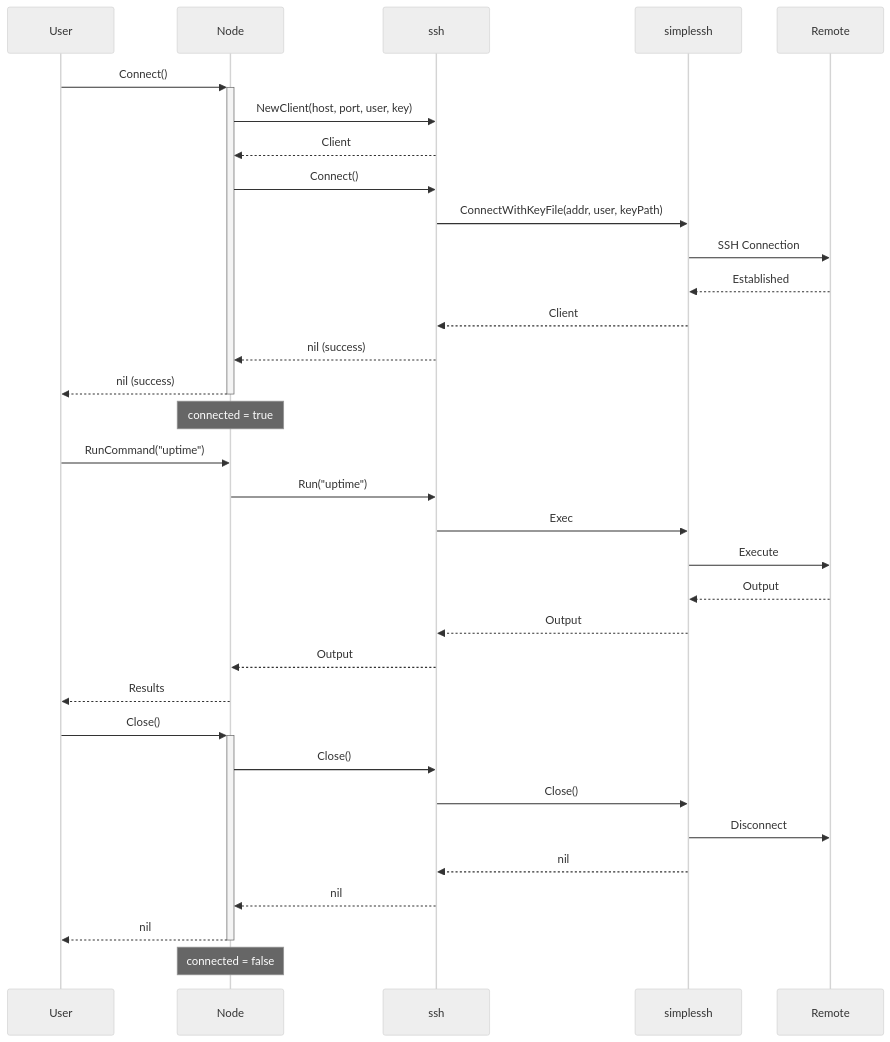
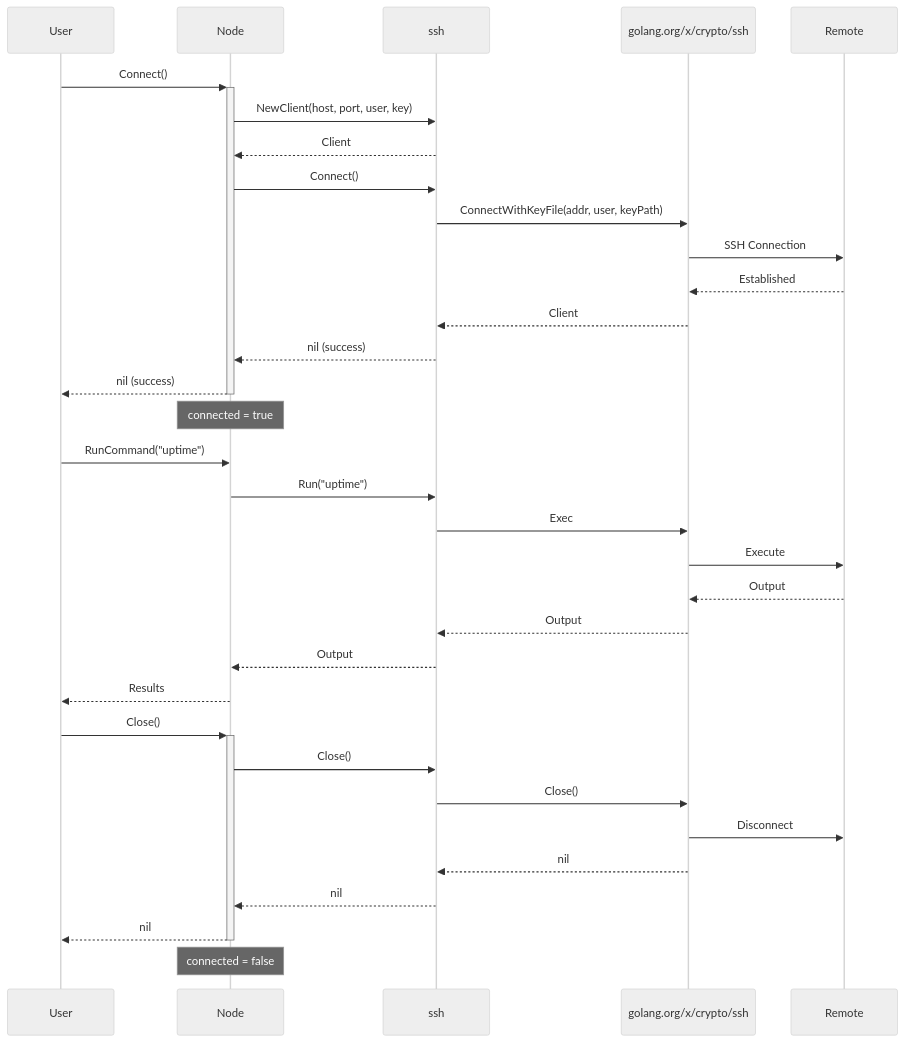
Before and after one commit to dracory/ork: the fourth of 14 diagrams in docs/livewiki/data_flow.md, drawn with Mermaid (neutral theme). The commit also changed other lines of this file and 9 other files, not shown here.

Commit message:
refactor: replace simplessh with golang.org/x/crypto/ssh for direct SSH implementation with custom algorithm support and known_hosts validation

````diff
--- a/docs/livewiki/data_flow.md
+++ b/docs/livewiki/data_flow.md
@@ -89,32 +89,32 @@
 ```mermaid
 sequenceDiagram
     User->>+Node: Connect()
     Node->>ssh: NewClient(host, port, user, key)
     ssh-->>Node: Client
     Node->>ssh: Connect()
-    ssh->>simplessh: ConnectWithKeyFile(addr, user, keyPath)
-    simplessh->>Remote: SSH Connection
-    Remote-->>simplessh: Established
-    simplessh-->>ssh: Client
+    ssh->>golang.org/x/crypto/ssh: ConnectWithKeyFile(addr, user, keyPath)
+    golang.org/x/crypto/ssh->>Remote: SSH Connection
+    Remote-->>golang.org/x/crypto/ssh: Established
+    golang.org/x/crypto/ssh-->>ssh: Client
     ssh-->>Node: nil (success)
     Node-->>-User: nil (success)
     Note over Node: connected = true
     
     User->>Node: RunCommand("uptime")
     Node->>ssh: Run("uptime")
-    ssh->>simplessh: Exec
-    simplessh->>Remote: Execute
-    Remote-->>simplessh: Output
-    simplessh-->>ssh: Output
+    ssh->>golang.org/x/crypto/ssh: Exec
+    golang.org/x/crypto/ssh->>Remote: Execute
+    Remote-->>golang.org/x/crypto/ssh: Output
+    golang.org/x/crypto/ssh-->>ssh: Output
     ssh-->>Node: Output
     Node-->>User: Results
     
     User->>+Node: Close()
     Node->>ssh: Close()
-    ssh->>simplessh: Close()
-    simplessh->>Remote: Disconnect
-    simplessh-->>ssh: nil
+    ssh->>golang.org/x/crypto/ssh: Close()
+    golang.org/x/crypto/ssh->>Remote: Disconnect
+    golang.org/x/crypto/ssh-->>ssh: nil
     ssh-->>Node: nil
     Node-->>-User: nil
     Note over Node: connected = false
 ```
````
